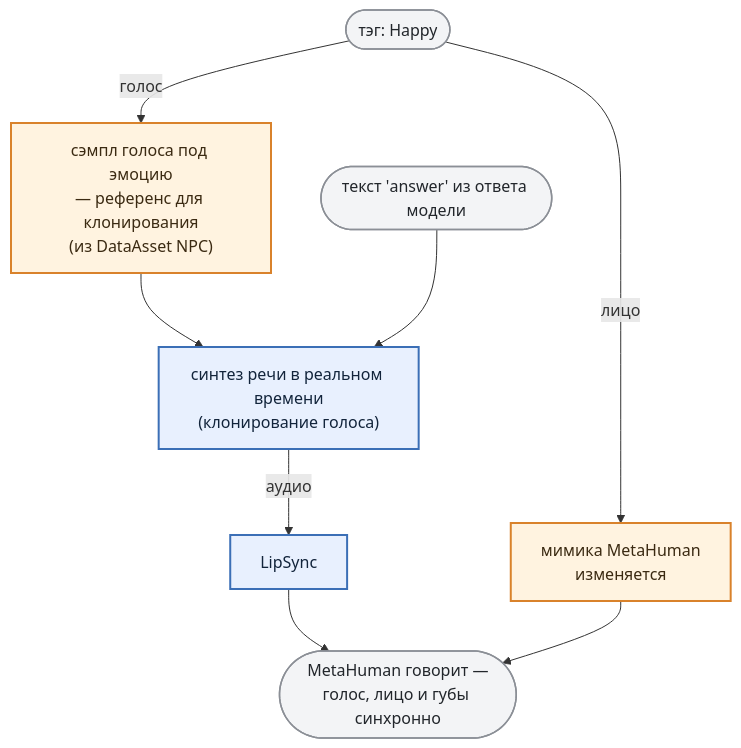
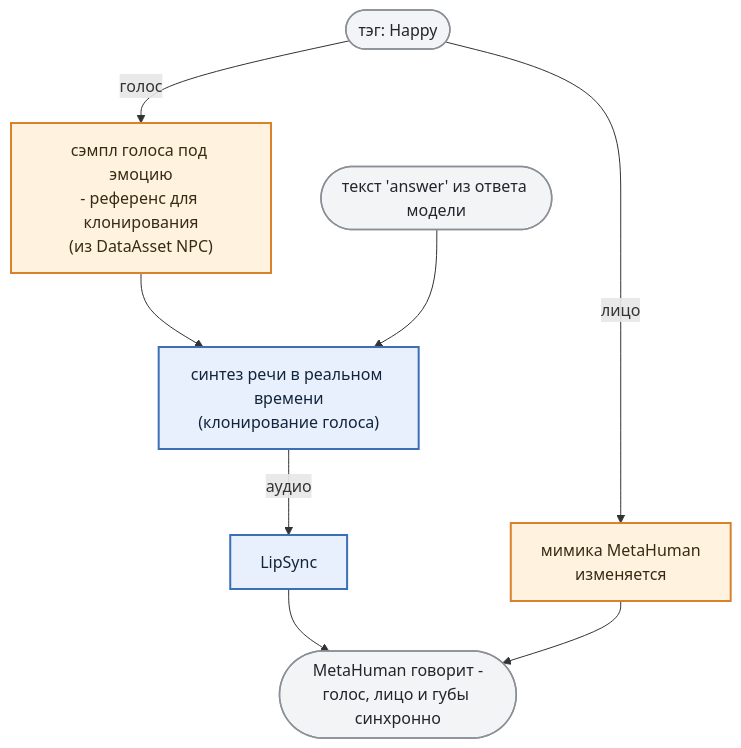
The second of 2 diagrams in docs/parts/section-03-emotions.md (MimusTriurus/ullama_demo), drawn with Mermaid before and after one commit. The commit also changed other lines of this file and 5 other files, not shown here.

````diff
--- a/docs/parts/section-03-emotions.md
+++ b/docs/parts/section-03-emotions.md
@@ -51,27 +51,27 @@
 ```mermaid
 flowchart TD
     TAG(["тэг: Happy"])
 
-    SAMPLE["сэмпл голоса под эмоцию<br/>— референс для клонирования<br/>(из DataAsset NPC)"]
+    SAMPLE["сэмпл голоса под эмоцию<br/>- референс для клонирования<br/>(из DataAsset NPC)"]
     FACE["мимика MetaHuman<br/>изменяется"]
 
     TTS["синтез речи в реальном времени<br/>(клонирование голоса)"]
     LS["LipSync"]
-    OUT(["MetaHuman говорит —<br/>голос, лицо и губы синхронно"])
+    OUT(["MetaHuman говорит -<br/>голос, лицо и губы синхронно"])
 
     TAG -- голос --> SAMPLE
     TAG -- лицо --> FACE
     SAMPLE --> TTS
     ANSWER(["текст 'answer' из ответа модели"]) --> TTS
     TTS -- аудио --> LS
     LS --> OUT
     FACE --> OUT
 
     classDef state fill:#fff3e0,stroke:#d9822b,stroke-width:2px,color:#3b2a12
     classDef engine fill:#e8f0fe,stroke:#3b6fb6,stroke-width:2px,color:#12243b
     classDef edge fill:#f3f4f6,stroke:#8b8f96,stroke-width:1.5px,color:#22262b
 
     class SAMPLE,FACE state
     class TTS,LS engine
     class TAG,ANSWER,OUT edge
 ```
````
